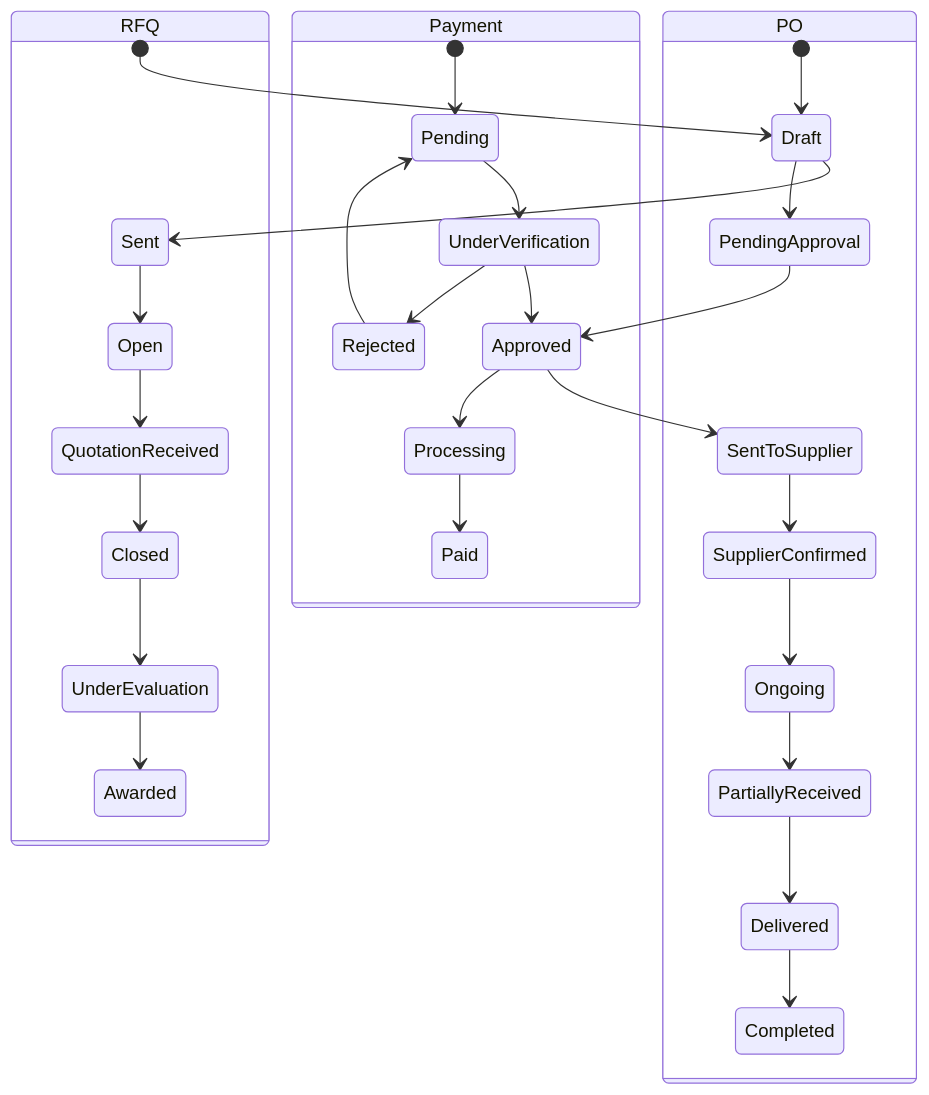
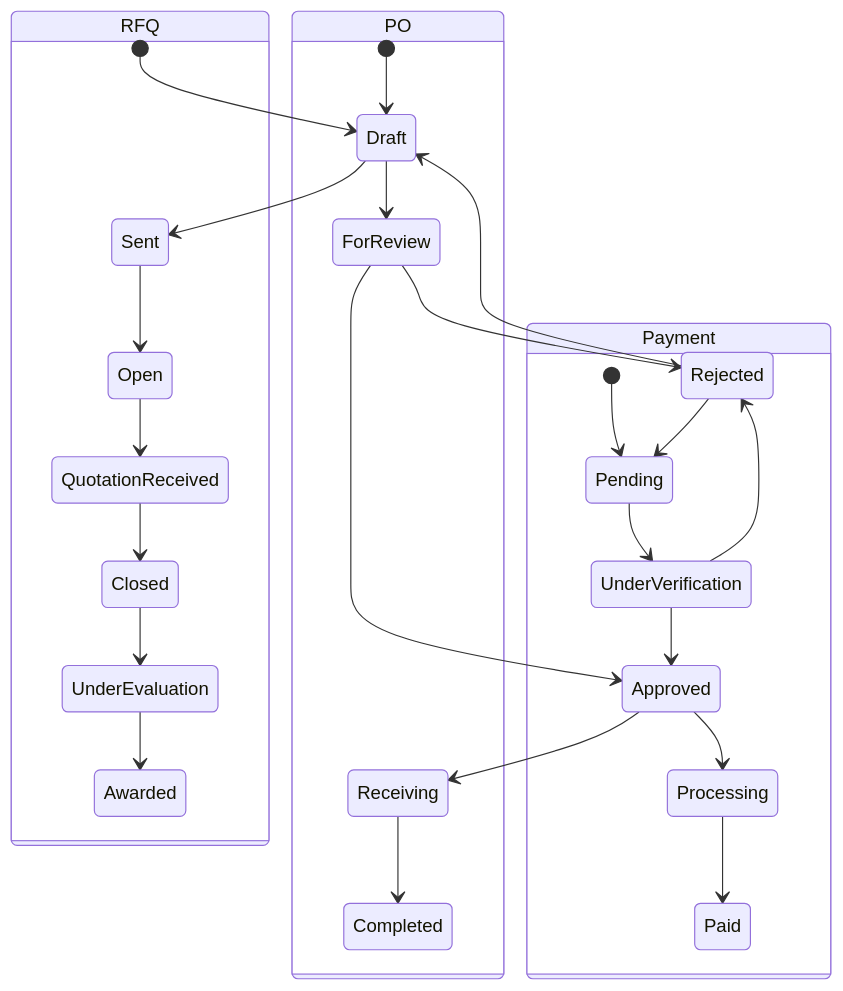
Before and after one commit to dev-page/aestheticare-app: the third of 4 diagrams in docs/supply-management-architecture.md, drawn with Mermaid. The commit also changed other lines of this file and 18 other files, not shown here.

````diff
--- a/docs/supply-management-architecture.md
+++ b/docs/supply-management-architecture.md
@@ -137,32 +137,30 @@
 ```mermaid
 stateDiagram-v2
   state RFQ {
     [*] --> Draft
     Draft --> Sent
     Sent --> Open
     Open --> QuotationReceived
     QuotationReceived --> Closed
     Closed --> UnderEvaluation
     UnderEvaluation --> Awarded
   }
   state PO {
     [*] --> Draft
-    Draft --> PendingApproval
-    PendingApproval --> Approved
-    Approved --> SentToSupplier
-    SentToSupplier --> SupplierConfirmed
-    SupplierConfirmed --> Ongoing
-    Ongoing --> PartiallyReceived
-    PartiallyReceived --> Delivered
-    Delivered --> Completed
+    Draft --> ForReview
+    ForReview --> Approved
+    ForReview --> Rejected
+    Rejected --> Draft
+    Approved --> Receiving
+    Receiving --> Completed
   }
   state Payment {
     [*] --> Pending
     Pending --> UnderVerification
     UnderVerification --> Approved
     UnderVerification --> Rejected
     Rejected --> Pending
     Approved --> Processing
     Processing --> Paid
   }
 ```
````
